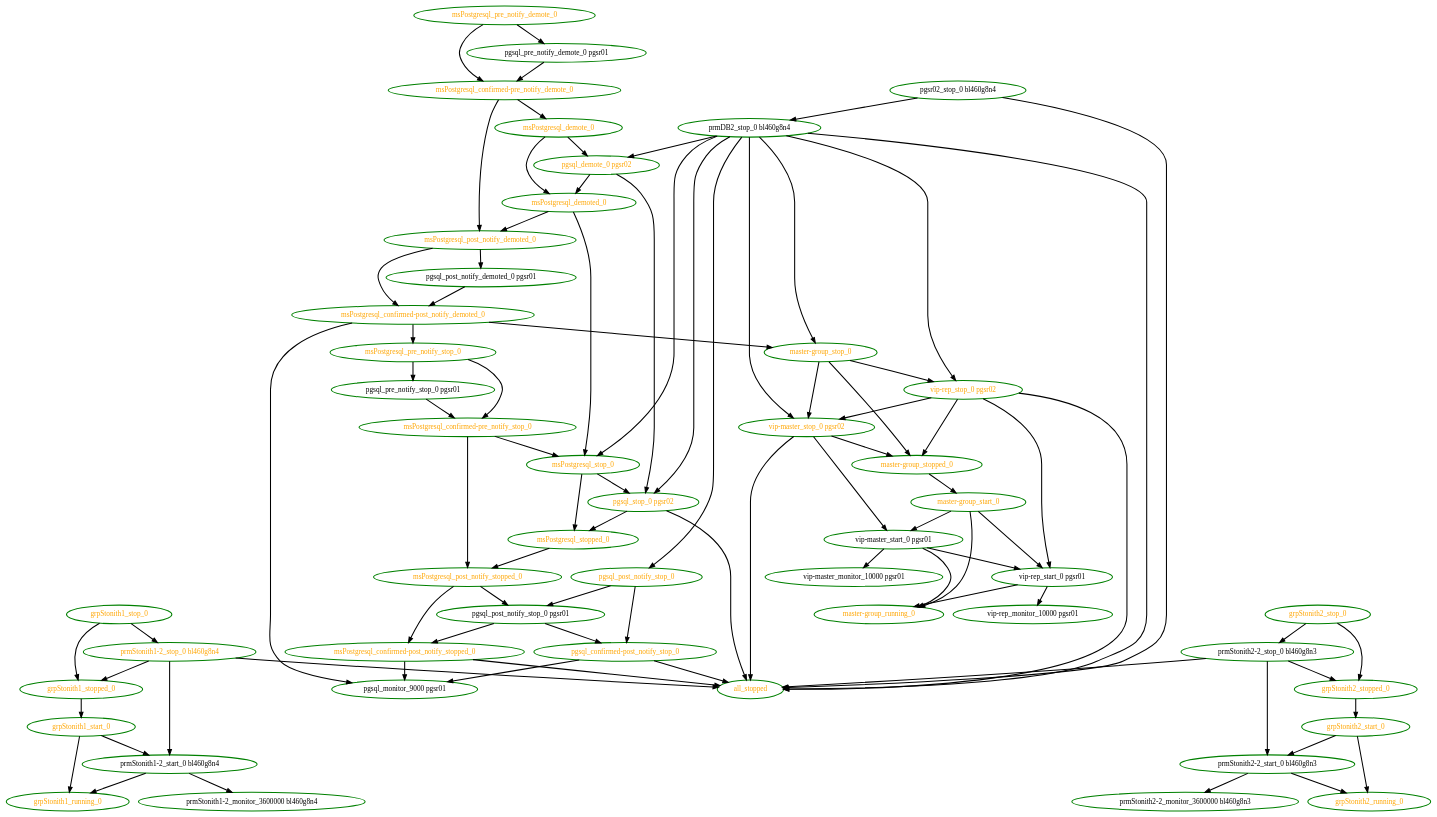
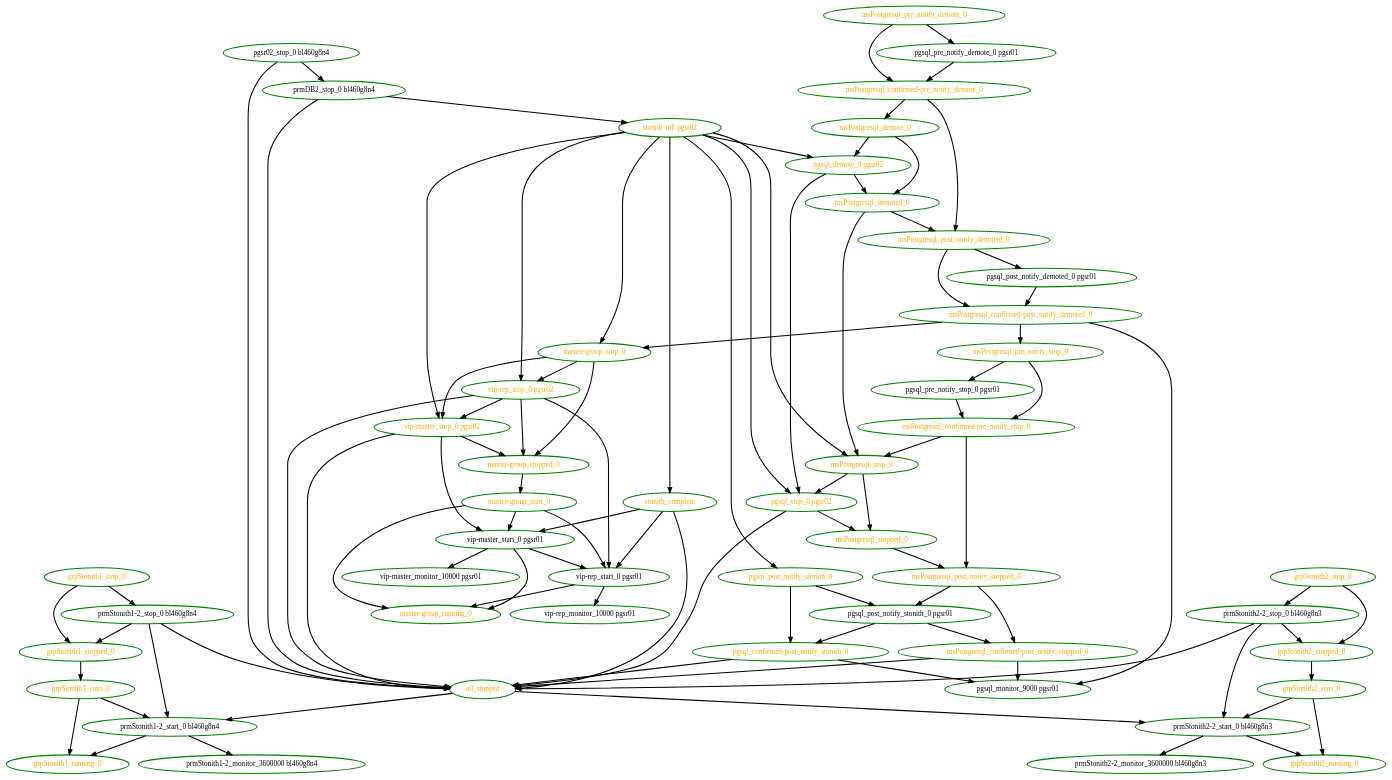
One commit to ClusterLabs/pacemaker changed the diagram in pengine/test10/bug-cl-5247.dot. Above: the diagram before and after it, drawn with Graphviz. The commit also changed 23 other files, not shown here.

```diff
--- a/pengine/test10/bug-cl-5247.dot
+++ b/pengine/test10/bug-cl-5247.dot
@@ -1,136 +1,145 @@
 digraph "g" {
+"all_stopped" -> "prmStonith1-2_start_0 bl460g8n4" [ style = bold]
+"all_stopped" -> "prmStonith2-2_start_0 bl460g8n3" [ style = bold]
 "all_stopped" [ style=bold color="green" fontcolor="orange"]
 "grpStonith1_running_0" [ style=bold color="green" fontcolor="orange"]
 "grpStonith1_start_0" -> "grpStonith1_running_0" [ style = bold]
 "grpStonith1_start_0" -> "prmStonith1-2_start_0 bl460g8n4" [ style = bold]
 "grpStonith1_start_0" [ style=bold color="green" fontcolor="orange"]
 "grpStonith1_stop_0" -> "grpStonith1_stopped_0" [ style = bold]
 "grpStonith1_stop_0" -> "prmStonith1-2_stop_0 bl460g8n4" [ style = bold]
 "grpStonith1_stop_0" [ style=bold color="green" fontcolor="orange"]
 "grpStonith1_stopped_0" -> "grpStonith1_start_0" [ style = bold]
 "grpStonith1_stopped_0" [ style=bold color="green" fontcolor="orange"]
 "grpStonith2_running_0" [ style=bold color="green" fontcolor="orange"]
 "grpStonith2_start_0" -> "grpStonith2_running_0" [ style = bold]
 "grpStonith2_start_0" -> "prmStonith2-2_start_0 bl460g8n3" [ style = bold]
 "grpStonith2_start_0" [ style=bold color="green" fontcolor="orange"]
 "grpStonith2_stop_0" -> "grpStonith2_stopped_0" [ style = bold]
 "grpStonith2_stop_0" -> "prmStonith2-2_stop_0 bl460g8n3" [ style = bold]
 "grpStonith2_stop_0" [ style=bold color="green" fontcolor="orange"]
 "grpStonith2_stopped_0" -> "grpStonith2_start_0" [ style = bold]
 "grpStonith2_stopped_0" [ style=bold color="green" fontcolor="orange"]
 "master-group_running_0" [ style=bold color="green" fontcolor="orange"]
 "master-group_start_0" -> "master-group_running_0" [ style = bold]
 "master-group_start_0" -> "vip-master_start_0 pgsr01" [ style = bold]
 "master-group_start_0" -> "vip-rep_start_0 pgsr01" [ style = bold]
 "master-group_start_0" [ style=bold color="green" fontcolor="orange"]
 "master-group_stop_0" -> "master-group_stopped_0" [ style = bold]
 "master-group_stop_0" -> "vip-master_stop_0 pgsr02" [ style = bold]
 "master-group_stop_0" -> "vip-rep_stop_0 pgsr02" [ style = bold]
 "master-group_stop_0" [ style=bold color="green" fontcolor="orange"]
 "master-group_stopped_0" -> "master-group_start_0" [ style = bold]
 "master-group_stopped_0" [ style=bold color="green" fontcolor="orange"]
 "msPostgresql_confirmed-post_notify_demoted_0" -> "master-group_stop_0" [ style = bold]
 "msPostgresql_confirmed-post_notify_demoted_0" -> "msPostgresql_pre_notify_stop_0" [ style = bold]
 "msPostgresql_confirmed-post_notify_demoted_0" -> "pgsql_monitor_9000 pgsr01" [ style = bold]
 "msPostgresql_confirmed-post_notify_demoted_0" [ style=bold color="green" fontcolor="orange"]
 "msPostgresql_confirmed-post_notify_stopped_0" -> "all_stopped" [ style = bold]
 "msPostgresql_confirmed-post_notify_stopped_0" -> "pgsql_monitor_9000 pgsr01" [ style = bold]
 "msPostgresql_confirmed-post_notify_stopped_0" [ style=bold color="green" fontcolor="orange"]
 "msPostgresql_confirmed-pre_notify_demote_0" -> "msPostgresql_demote_0" [ style = bold]
 "msPostgresql_confirmed-pre_notify_demote_0" -> "msPostgresql_post_notify_demoted_0" [ style = bold]
 "msPostgresql_confirmed-pre_notify_demote_0" [ style=bold color="green" fontcolor="orange"]
 "msPostgresql_confirmed-pre_notify_stop_0" -> "msPostgresql_post_notify_stopped_0" [ style = bold]
 "msPostgresql_confirmed-pre_notify_stop_0" -> "msPostgresql_stop_0" [ style = bold]
 "msPostgresql_confirmed-pre_notify_stop_0" [ style=bold color="green" fontcolor="orange"]
 "msPostgresql_demote_0" -> "msPostgresql_demoted_0" [ style = bold]
 "msPostgresql_demote_0" -> "pgsql_demote_0 pgsr02" [ style = bold]
 "msPostgresql_demote_0" [ style=bold color="green" fontcolor="orange"]
 "msPostgresql_demoted_0" -> "msPostgresql_post_notify_demoted_0" [ style = bold]
 "msPostgresql_demoted_0" -> "msPostgresql_stop_0" [ style = bold]
 "msPostgresql_demoted_0" [ style=bold color="green" fontcolor="orange"]
 "msPostgresql_post_notify_demoted_0" -> "msPostgresql_confirmed-post_notify_demoted_0" [ style = bold]
 "msPostgresql_post_notify_demoted_0" -> "pgsql_post_notify_demoted_0 pgsr01" [ style = bold]
 "msPostgresql_post_notify_demoted_0" [ style=bold color="green" fontcolor="orange"]
 "msPostgresql_post_notify_stopped_0" -> "msPostgresql_confirmed-post_notify_stopped_0" [ style = bold]
-"msPostgresql_post_notify_stopped_0" -> "pgsql_post_notify_stop_0 pgsr01" [ style = bold]
+"msPostgresql_post_notify_stopped_0" -> "pgsql_post_notify_stonith_0 pgsr01" [ style = bold]
 "msPostgresql_post_notify_stopped_0" [ style=bold color="green" fontcolor="orange"]
 "msPostgresql_pre_notify_demote_0" -> "msPostgresql_confirmed-pre_notify_demote_0" [ style = bold]
 "msPostgresql_pre_notify_demote_0" -> "pgsql_pre_notify_demote_0 pgsr01" [ style = bold]
 "msPostgresql_pre_notify_demote_0" [ style=bold color="green" fontcolor="orange"]
 "msPostgresql_pre_notify_stop_0" -> "msPostgresql_confirmed-pre_notify_stop_0" [ style = bold]
 "msPostgresql_pre_notify_stop_0" -> "pgsql_pre_notify_stop_0 pgsr01" [ style = bold]
 "msPostgresql_pre_notify_stop_0" [ style=bold color="green" fontcolor="orange"]
 "msPostgresql_stop_0" -> "msPostgresql_stopped_0" [ style = bold]
 "msPostgresql_stop_0" -> "pgsql_stop_0 pgsr02" [ style = bold]
 "msPostgresql_stop_0" [ style=bold color="green" fontcolor="orange"]
 "msPostgresql_stopped_0" -> "msPostgresql_post_notify_stopped_0" [ style = bold]
 "msPostgresql_stopped_0" [ style=bold color="green" fontcolor="orange"]
-"pgsql_confirmed-post_notify_stop_0" -> "all_stopped" [ style = bold]
-"pgsql_confirmed-post_notify_stop_0" -> "pgsql_monitor_9000 pgsr01" [ style = bold]
-"pgsql_confirmed-post_notify_stop_0" [ style=bold color="green" fontcolor="orange"]
+"pgsql_confirmed-post_notify_stonith_0" -> "all_stopped" [ style = bold]
+"pgsql_confirmed-post_notify_stonith_0" -> "pgsql_monitor_9000 pgsr01" [ style = bold]
+"pgsql_confirmed-post_notify_stonith_0" [ style=bold color="green" fontcolor="orange"]
 "pgsql_demote_0 pgsr02" -> "msPostgresql_demoted_0" [ style = bold]
 "pgsql_demote_0 pgsr02" -> "pgsql_stop_0 pgsr02" [ style = bold]
 "pgsql_demote_0 pgsr02" [ style=bold color="green" fontcolor="orange"]
 "pgsql_monitor_9000 pgsr01" [ style=bold color="green" fontcolor="black"]
 "pgsql_post_notify_demoted_0 pgsr01" -> "msPostgresql_confirmed-post_notify_demoted_0" [ style = bold]
 "pgsql_post_notify_demoted_0 pgsr01" [ style=bold color="green" fontcolor="black"]
-"pgsql_post_notify_stop_0 pgsr01" -> "msPostgresql_confirmed-post_notify_stopped_0" [ style = bold]
-"pgsql_post_notify_stop_0 pgsr01" -> "pgsql_confirmed-post_notify_stop_0" [ style = bold]
-"pgsql_post_notify_stop_0 pgsr01" [ style=bold color="green" fontcolor="black"]
-"pgsql_post_notify_stop_0" -> "pgsql_confirmed-post_notify_stop_0" [ style = bold]
-"pgsql_post_notify_stop_0" -> "pgsql_post_notify_stop_0 pgsr01" [ style = bold]
-"pgsql_post_notify_stop_0" [ style=bold color="green" fontcolor="orange"]
+"pgsql_post_notify_stonith_0 pgsr01" -> "msPostgresql_confirmed-post_notify_stopped_0" [ style = bold]
+"pgsql_post_notify_stonith_0 pgsr01" -> "pgsql_confirmed-post_notify_stonith_0" [ style = bold]
+"pgsql_post_notify_stonith_0 pgsr01" [ style=bold color="green" fontcolor="black"]
+"pgsql_post_notify_stonith_0" -> "pgsql_confirmed-post_notify_stonith_0" [ style = bold]
+"pgsql_post_notify_stonith_0" -> "pgsql_post_notify_stonith_0 pgsr01" [ style = bold]
+"pgsql_post_notify_stonith_0" [ style=bold color="green" fontcolor="orange"]
 "pgsql_pre_notify_demote_0 pgsr01" -> "msPostgresql_confirmed-pre_notify_demote_0" [ style = bold]
 "pgsql_pre_notify_demote_0 pgsr01" [ style=bold color="green" fontcolor="black"]
 "pgsql_pre_notify_stop_0 pgsr01" -> "msPostgresql_confirmed-pre_notify_stop_0" [ style = bold]
 "pgsql_pre_notify_stop_0 pgsr01" [ style=bold color="green" fontcolor="black"]
 "pgsql_stop_0 pgsr02" -> "all_stopped" [ style = bold]
 "pgsql_stop_0 pgsr02" -> "msPostgresql_stopped_0" [ style = bold]
 "pgsql_stop_0 pgsr02" [ style=bold color="green" fontcolor="orange"]
 "pgsr02_stop_0 bl460g8n4" -> "all_stopped" [ style = bold]
 "pgsr02_stop_0 bl460g8n4" -> "prmDB2_stop_0 bl460g8n4" [ style = bold]
 "pgsr02_stop_0 bl460g8n4" [ style=bold color="green" fontcolor="black"]
 "prmDB2_stop_0 bl460g8n4" -> "all_stopped" [ style = bold]
-"prmDB2_stop_0 bl460g8n4" -> "master-group_stop_0" [ style = bold]
-"prmDB2_stop_0 bl460g8n4" -> "msPostgresql_stop_0" [ style = bold]
-"prmDB2_stop_0 bl460g8n4" -> "pgsql_demote_0 pgsr02" [ style = bold]
-"prmDB2_stop_0 bl460g8n4" -> "pgsql_post_notify_stop_0" [ style = bold]
-"prmDB2_stop_0 bl460g8n4" -> "pgsql_stop_0 pgsr02" [ style = bold]
-"prmDB2_stop_0 bl460g8n4" -> "vip-master_stop_0 pgsr02" [ style = bold]
-"prmDB2_stop_0 bl460g8n4" -> "vip-rep_stop_0 pgsr02" [ style = bold]
+"prmDB2_stop_0 bl460g8n4" -> "stonith 'off' pgsr02" [ style = bold]
 "prmDB2_stop_0 bl460g8n4" [ style=bold color="green" fontcolor="black"]
 "prmStonith1-2_monitor_3600000 bl460g8n4" [ style=bold color="green" fontcolor="black"]
 "prmStonith1-2_start_0 bl460g8n4" -> "grpStonith1_running_0" [ style = bold]
 "prmStonith1-2_start_0 bl460g8n4" -> "prmStonith1-2_monitor_3600000 bl460g8n4" [ style = bold]
 "prmStonith1-2_start_0 bl460g8n4" [ style=bold color="green" fontcolor="black"]
 "prmStonith1-2_stop_0 bl460g8n4" -> "all_stopped" [ style = bold]
 "prmStonith1-2_stop_0 bl460g8n4" -> "grpStonith1_stopped_0" [ style = bold]
 "prmStonith1-2_stop_0 bl460g8n4" -> "prmStonith1-2_start_0 bl460g8n4" [ style = bold]
-"prmStonith1-2_stop_0 bl460g8n4" [ style=bold color="green" fontcolor="orange"]
+"prmStonith1-2_stop_0 bl460g8n4" [ style=bold color="green" fontcolor="black"]
 "prmStonith2-2_monitor_3600000 bl460g8n3" [ style=bold color="green" fontcolor="black"]
 "prmStonith2-2_start_0 bl460g8n3" -> "grpStonith2_running_0" [ style = bold]
 "prmStonith2-2_start_0 bl460g8n3" -> "prmStonith2-2_monitor_3600000 bl460g8n3" [ style = bold]
 "prmStonith2-2_start_0 bl460g8n3" [ style=bold color="green" fontcolor="black"]
 "prmStonith2-2_stop_0 bl460g8n3" -> "all_stopped" [ style = bold]
 "prmStonith2-2_stop_0 bl460g8n3" -> "grpStonith2_stopped_0" [ style = bold]
 "prmStonith2-2_stop_0 bl460g8n3" -> "prmStonith2-2_start_0 bl460g8n3" [ style = bold]
 "prmStonith2-2_stop_0 bl460g8n3" [ style=bold color="green" fontcolor="black"]
+"stonith 'off' pgsr02" -> "master-group_stop_0" [ style = bold]
+"stonith 'off' pgsr02" -> "msPostgresql_stop_0" [ style = bold]
+"stonith 'off' pgsr02" -> "pgsql_demote_0 pgsr02" [ style = bold]
+"stonith 'off' pgsr02" -> "pgsql_post_notify_stonith_0" [ style = bold]
+"stonith 'off' pgsr02" -> "pgsql_stop_0 pgsr02" [ style = bold]
+"stonith 'off' pgsr02" -> "stonith_complete" [ style = bold]
+"stonith 'off' pgsr02" -> "vip-master_stop_0 pgsr02" [ style = bold]
+"stonith 'off' pgsr02" -> "vip-rep_stop_0 pgsr02" [ style = bold]
+"stonith 'off' pgsr02" [ style=bold color="green" fontcolor="orange"]
+"stonith_complete" -> "all_stopped" [ style = bold]
+"stonith_complete" -> "vip-master_start_0 pgsr01" [ style = bold]
+"stonith_complete" -> "vip-rep_start_0 pgsr01" [ style = bold]
+"stonith_complete" [ style=bold color="green" fontcolor="orange"]
 "vip-master_monitor_10000 pgsr01" [ style=bold color="green" fontcolor="black"]
 "vip-master_start_0 pgsr01" -> "master-group_running_0" [ style = bold]
 "vip-master_start_0 pgsr01" -> "vip-master_monitor_10000 pgsr01" [ style = bold]
 "vip-master_start_0 pgsr01" -> "vip-rep_start_0 pgsr01" [ style = bold]
 "vip-master_start_0 pgsr01" [ style=bold color="green" fontcolor="black"]
 "vip-master_stop_0 pgsr02" -> "all_stopped" [ style = bold]
 "vip-master_stop_0 pgsr02" -> "master-group_stopped_0" [ style = bold]
 "vip-master_stop_0 pgsr02" -> "vip-master_start_0 pgsr01" [ style = bold]
 "vip-master_stop_0 pgsr02" [ style=bold color="green" fontcolor="orange"]
 "vip-rep_monitor_10000 pgsr01" [ style=bold color="green" fontcolor="black"]
 "vip-rep_start_0 pgsr01" -> "master-group_running_0" [ style = bold]
 "vip-rep_start_0 pgsr01" -> "vip-rep_monitor_10000 pgsr01" [ style = bold]
 "vip-rep_start_0 pgsr01" [ style=bold color="green" fontcolor="black"]
 "vip-rep_stop_0 pgsr02" -> "all_stopped" [ style = bold]
 "vip-rep_stop_0 pgsr02" -> "master-group_stopped_0" [ style = bold]
 "vip-rep_stop_0 pgsr02" -> "vip-master_stop_0 pgsr02" [ style = bold]
 "vip-rep_stop_0 pgsr02" -> "vip-rep_start_0 pgsr01" [ style = bold]
 "vip-rep_stop_0 pgsr02" [ style=bold color="green" fontcolor="orange"]
 }
```
